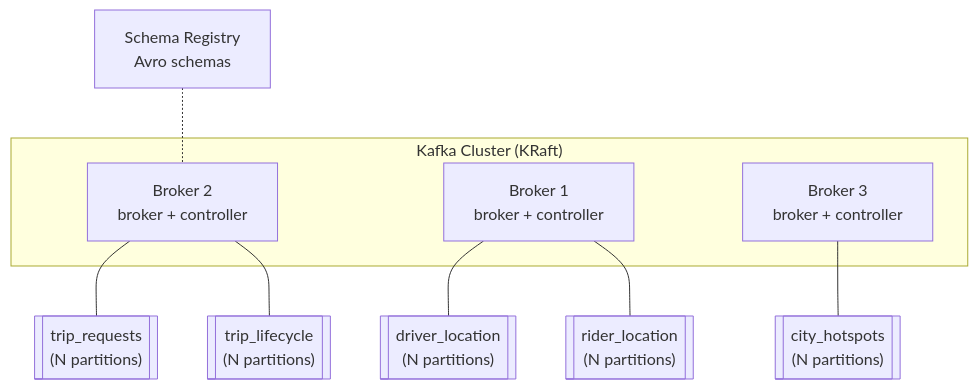
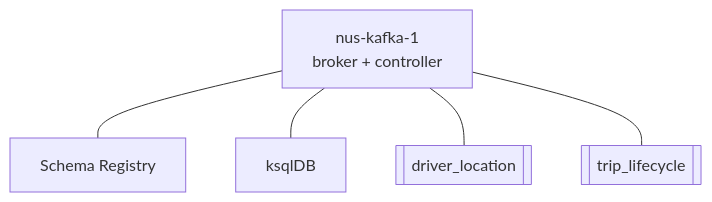
Before and after one commit to bahman-farhadian/Meanul-Data-Studio: the eighth of 9 diagrams in README.md, drawn with Mermaid. The commit also changed other lines of this file and 8 other files, not shown here.

````diff
--- a/README.md
+++ b/README.md
@@ -452,23 +423,11 @@
 ```mermaid
 graph TB
-    subgraph Kafka ["Kafka Cluster (KRaft)"]
-        B1["Broker 1<br/>broker + controller"]
-        B2["Broker 2<br/>broker + controller"]
-        B3["Broker 3<br/>broker + controller"]
-    end
+    B1["nus-kafka-1<br/>broker + controller"]
+    SR["Schema Registry"]
+    KSQL["ksqlDB"]
 
-    SR["Schema Registry<br/>Avro schemas"]
-    SR -.- B2
-
-    T1[["driver_location<br/>(N partitions)"]]
-    T2[["rider_location<br/>(N partitions)"]]
-    T3[["trip_requests<br/>(N partitions)"]]
-    T4[["trip_lifecycle<br/>(N partitions)"]]
-    T5[["city_hotspots<br/>(N partitions)"]]
-
-    B1 --- T1
-    B1 --- T2
-    B2 --- T3
-    B2 --- T4
-    B3 --- T5
+    B1 --- SR
+    B1 --- KSQL
+    B1 --- T1[["driver_location"]]
+    B1 --- T2[["trip_lifecycle"]]
 ```
````
